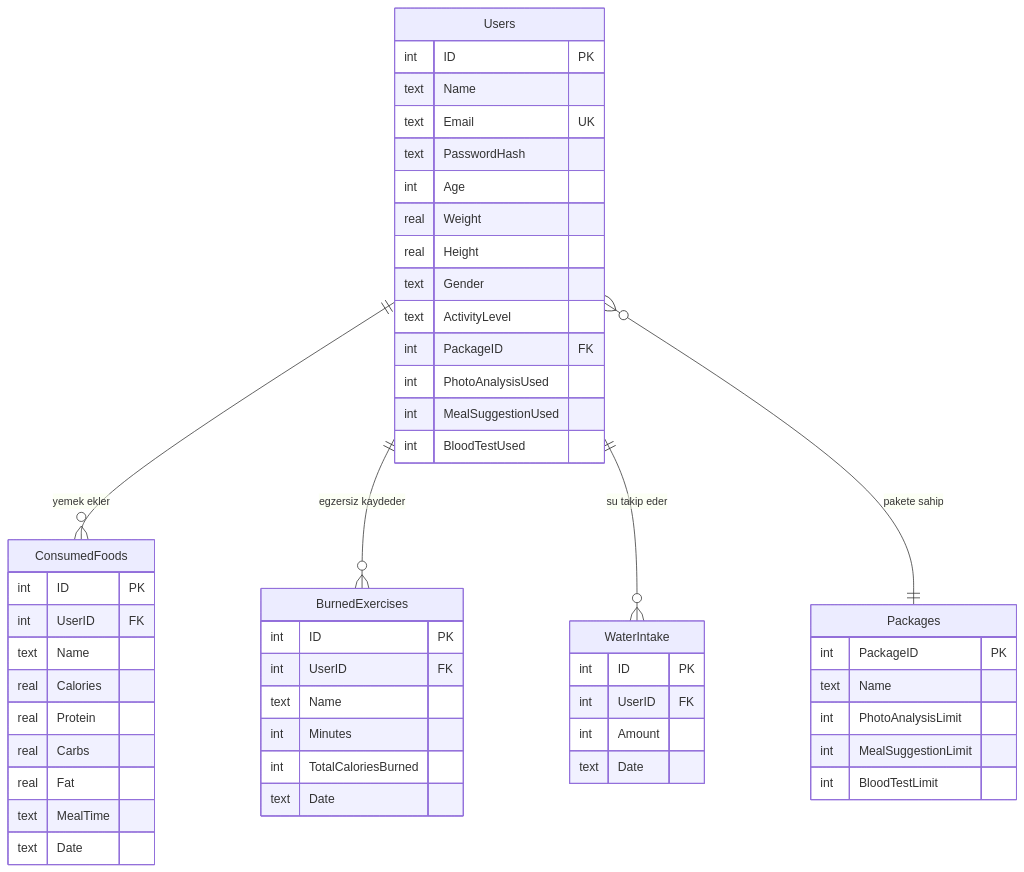
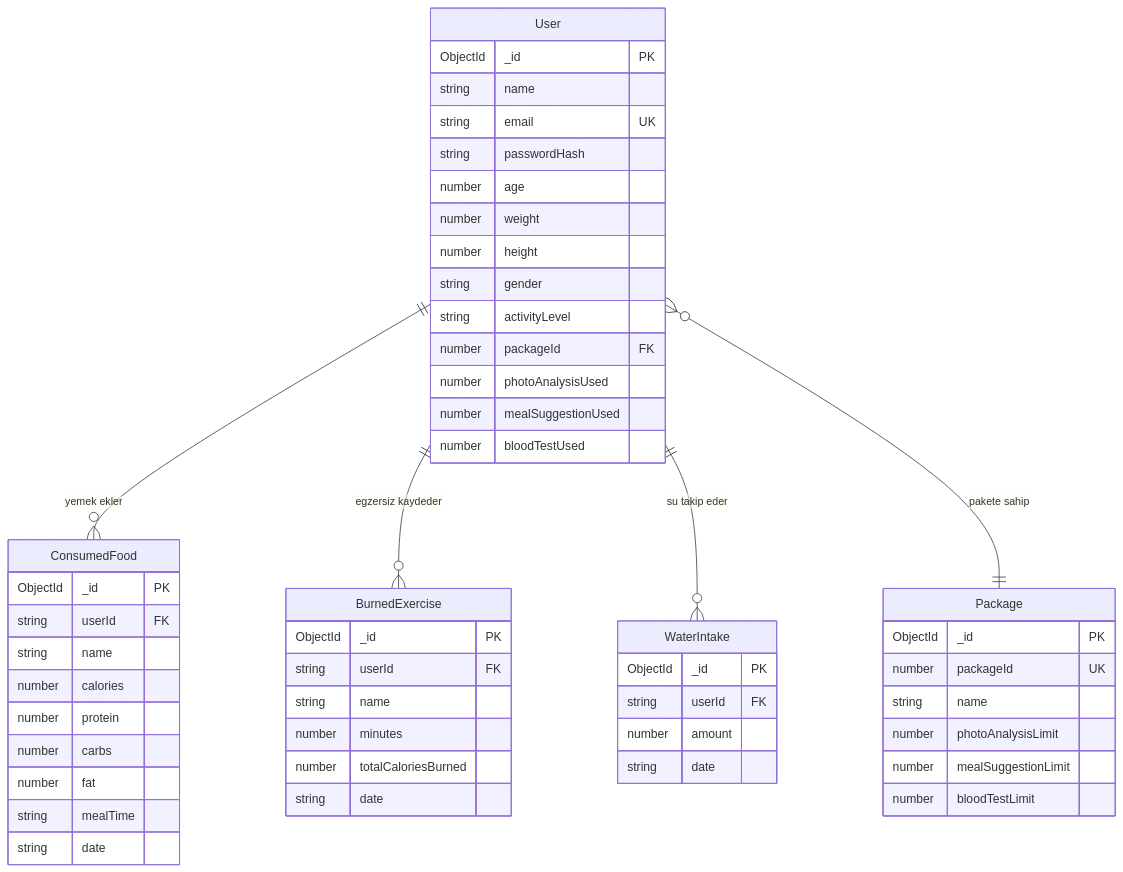
The diagram in README.md (ziyaguner/DiyetGPT), drawn with Mermaid before and after one commit. The commit also changed other lines of this file, not shown here.

Commit message:
docs: update README.md for MongoDB migration, İyzico 3D Secure payment gateway and updated tech stack

````diff
--- a/README.md
+++ b/README.md
@@ -401,59 +413,60 @@
 ```mermaid
 erDiagram
-    Users ||--o{ ConsumedFoods : "yemek ekler"
-    Users ||--o{ BurnedExercises : "egzersiz kaydeder"
-    Users ||--o{ WaterIntake : "su takip eder"
-    Users }o--|| Packages : "pakete sahip"
+    User ||--o{ ConsumedFood : "yemek ekler"
+    User ||--o{ BurnedExercise : "egzersiz kaydeder"
+    User ||--o{ WaterIntake : "su takip eder"
+    User }o--|| Package : "pakete sahip"
 
-    Users {
-        int ID PK
-        text Name
-        text Email UK
-        text PasswordHash
-        int Age
-        real Weight
-        real Height
-        text Gender
-        text ActivityLevel
-        int PackageID FK
-        int PhotoAnalysisUsed
-        int MealSuggestionUsed
-        int BloodTestUsed
+    User {
+        ObjectId _id PK
+        string name
+        string email UK
+        string passwordHash
+        number age
+        number weight
+        number height
+        string gender
+        string activityLevel
+        number packageId FK
+        number photoAnalysisUsed
+        number mealSuggestionUsed
+        number bloodTestUsed
     }
 
-    Packages {
-        int PackageID PK
-        text Name
-        int PhotoAnalysisLimit
-        int MealSuggestionLimit
-        int BloodTestLimit
+    Package {
+        ObjectId _id PK
+        number packageId UK
+        string name
+        number photoAnalysisLimit
+        number mealSuggestionLimit
+        number bloodTestLimit
     }
 
-    ConsumedFoods {
-        int ID PK
-        int UserID FK
-        text Name
-        real Calories
-        real Protein
-        real Carbs
-        real Fat
-        text MealTime
-        text Date
+    ConsumedFood {
+        ObjectId _id PK
+        string userId FK
+        string name
+        number calories
+        number protein
+        number carbs
+        number fat
+        string mealTime
+        string date
     }
 
-    BurnedExercises {
-        int ID PK
-        int UserID FK
-        text Name
-        int Minutes
-        int TotalCaloriesBurned
-        text Date
+    BurnedExercise {
+        ObjectId _id PK
+        string userId FK
+        string name
+        number minutes
+        number totalCaloriesBurned
+        string date
     }
 
     WaterIntake {
-        int ID PK
-        int UserID FK
-        int Amount
-        text Date
+        ObjectId _id PK
+        string userId FK
+        number amount
+        string date
     }
 ```
````
